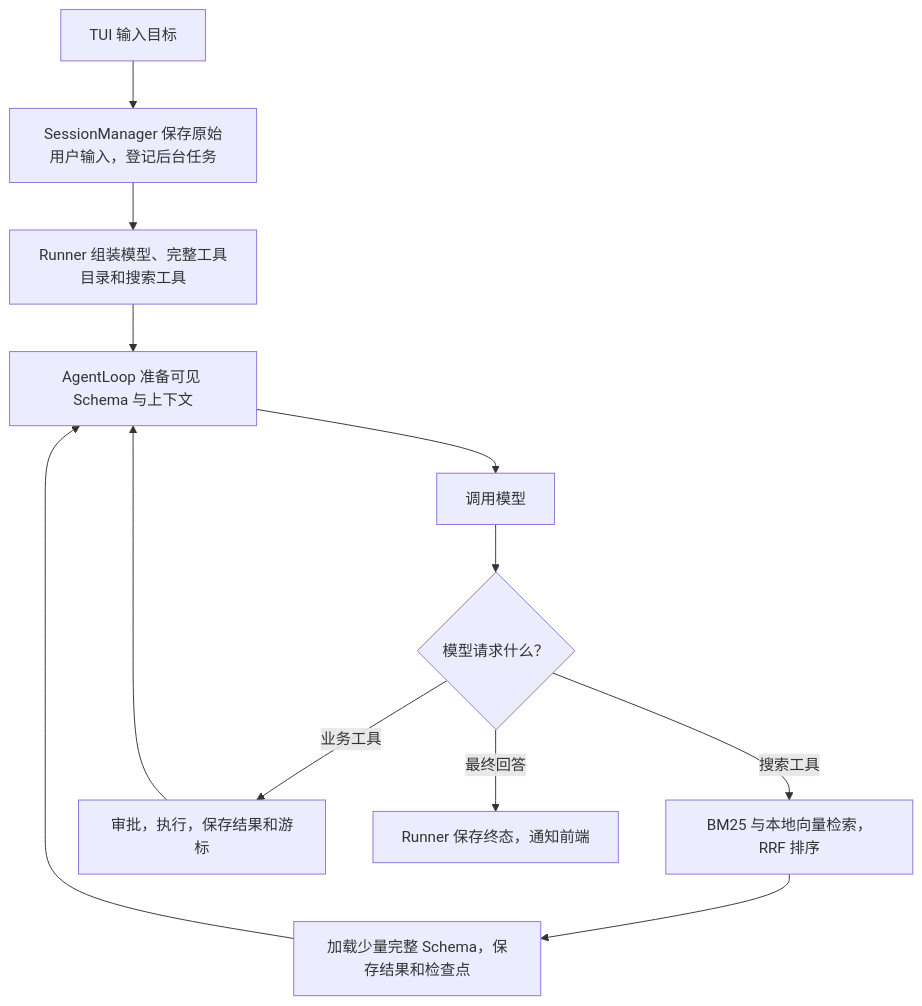
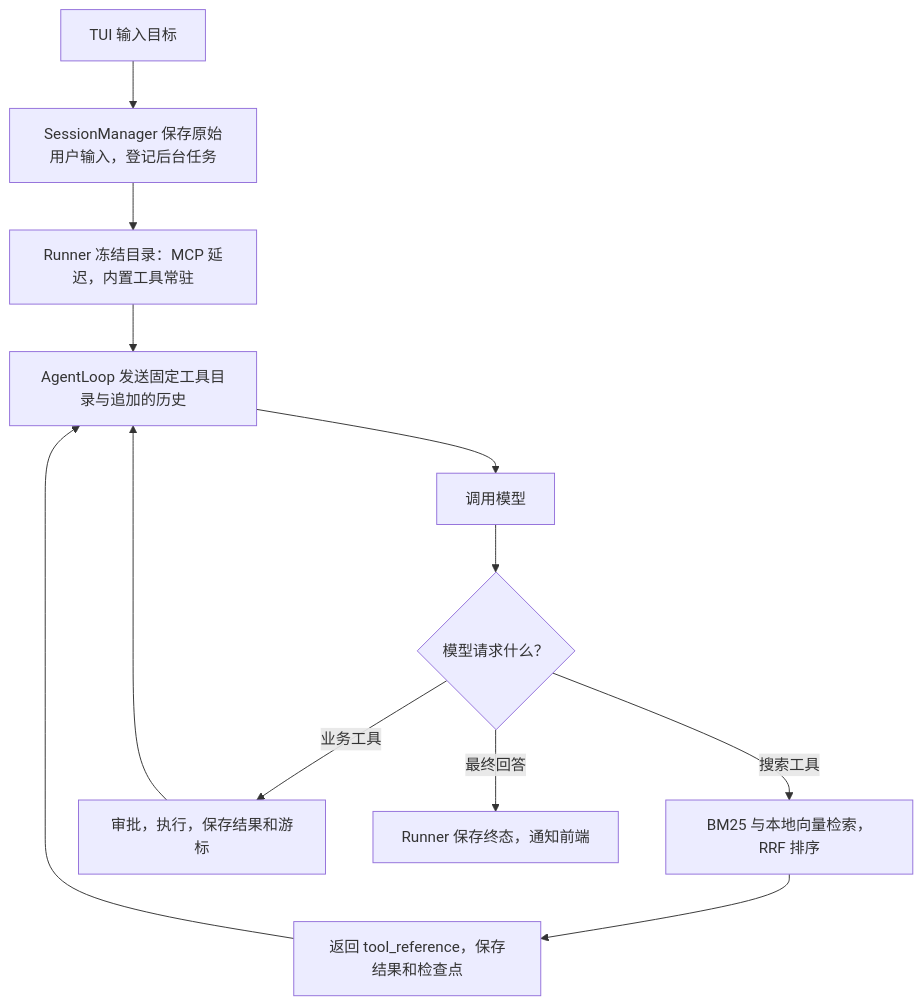
Before and after one commit to 6xiaoming6/KamaClaude: the diagram in README.md, drawn with Mermaid. The commit also changed other lines of this file and 70 other files, not shown here.

````diff
--- a/README.md
+++ b/README.md
@@ -27,14 +27,14 @@
 ```mermaid
 flowchart TD
     U[TUI 输入目标] --> M[SessionManager 保存原始用户输入，登记后台任务]
-    M --> R[Runner 组装模型、完整工具目录和搜索工具]
-    R --> L[AgentLoop 准备可见 Schema 与上下文]
+    M --> R[Runner 冻结目录：MCP 延迟，内置工具常驻]
+    R --> L[AgentLoop 发送固定工具目录与追加的历史]
     L --> Q[调用模型]
     Q --> S{模型请求什么？}
     S -->|搜索工具| H[BM25 与本地向量检索，RRF 排序]
-    H --> A[加载少量完整 Schema，保存结果和检查点]
+    H --> A[返回 tool_reference，保存结果和检查点]
     A --> L
     S -->|业务工具| T[审批，执行，保存结果和游标]
     T --> L
     S -->|最终回答| F[Runner 保存终态，通知前端]
 ```
````
